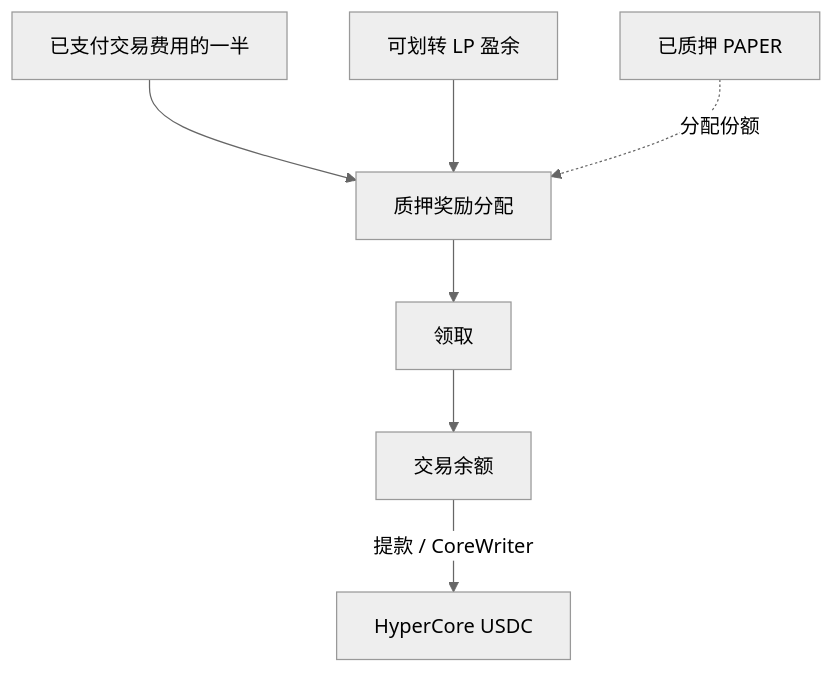
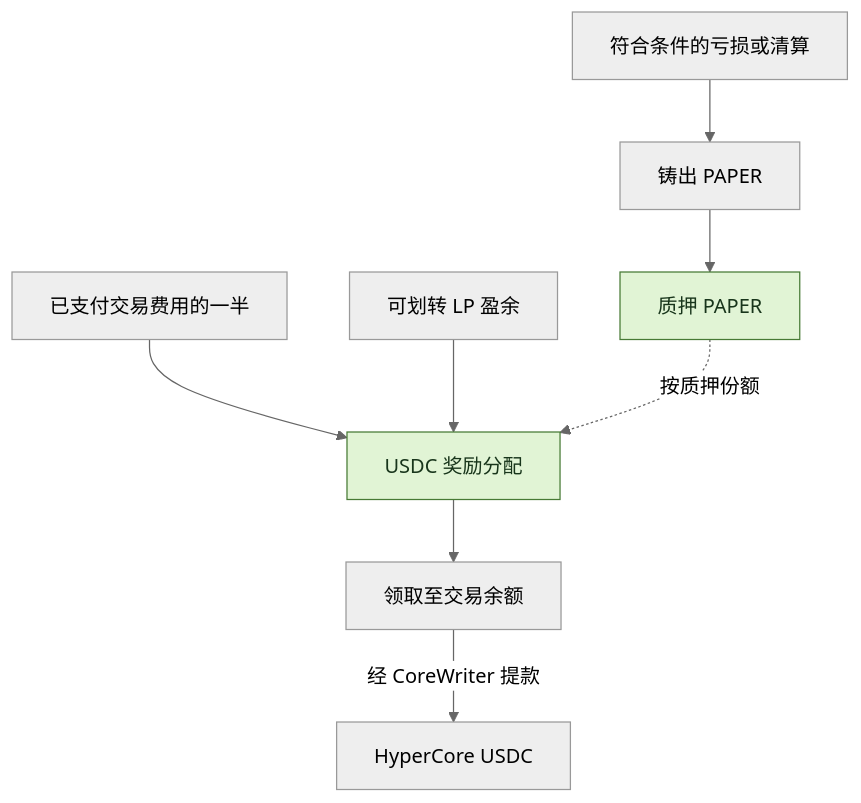
Before and after one commit to KoNit-K/papertrade-lab: the second of 2 diagrams in README.zh-CN.md, drawn with Mermaid (neutral theme). The commit also changed other lines of this file and 1 other file, not shown here.

Commit message:
docs: refocus readmes on trading costs and PAPER dividends

````diff
--- a/README.zh-CN.md
+++ b/README.zh-CN.md
@@ -63,9 +82,12 @@
 ```mermaid
 flowchart TB
-    Fees[已支付交易费用的一半] --> Rewards[质押奖励分配]
+    Loss[符合条件的亏损或清算] --> Mint[铸出 PAPER]
+    Mint --> Stake[质押 PAPER]
+    Fees[已支付交易费用的一半] --> Rewards[USDC 奖励分配]
     Surplus[可划转 LP 盈余] --> Rewards
-    PAPER[已质押 PAPER] -.->|分配份额| Rewards
-    Rewards --> Claim[领取]
-    Claim --> Balance[交易余额]
-    Balance -->|提款 / CoreWriter| Core[HyperCore USDC]
+    Stake -.->|按质押份额| Rewards
+    Rewards --> Claim[领取至交易余额]
+    Claim -->|经 CoreWriter 提款| Core[HyperCore USDC]
+    classDef accent fill:#e1f4d5,stroke:#477a35,color:#18351b
+    class Stake,Rewards accent
 ```
````
